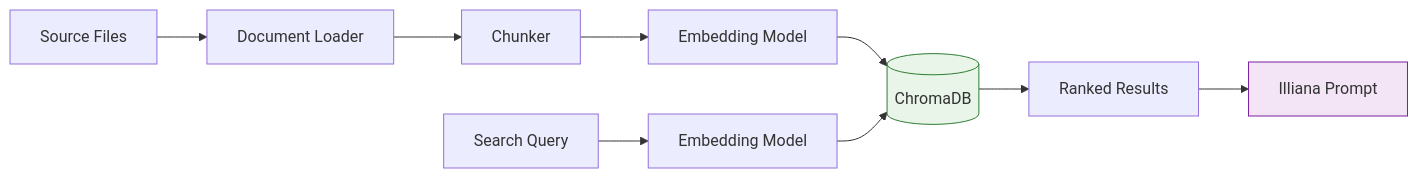
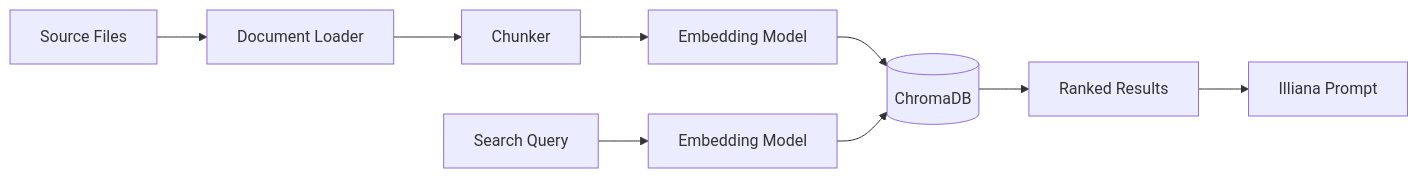
Before and after one commit to bhardwajRahul/aegis-stack: the diagram in docs/services/ai/rag.md, drawn with Mermaid. The commit also changed 26 other files, not shown here.

````diff
--- a/docs/services/ai/rag.md
+++ b/docs/services/ai/rag.md
@@ -38,15 +38,13 @@
 ```mermaid
 graph LR
     Files[Source Files] --> Loader[Document Loader]
     Loader --> Chunker[Chunker]
     Chunker --> Embedder[Embedding Model]
     Embedder --> ChromaDB[(ChromaDB)]
 
     Query[Search Query] --> Embedder2[Embedding Model]
     Embedder2 --> ChromaDB
     ChromaDB --> Results[Ranked Results]
     Results --> Illiana[Illiana Prompt]
 
-    style ChromaDB fill:#e8f5e8,stroke:#2e7d32
-    style Illiana fill:#f3e5f5,stroke:#7b1fa2
 ```
````
